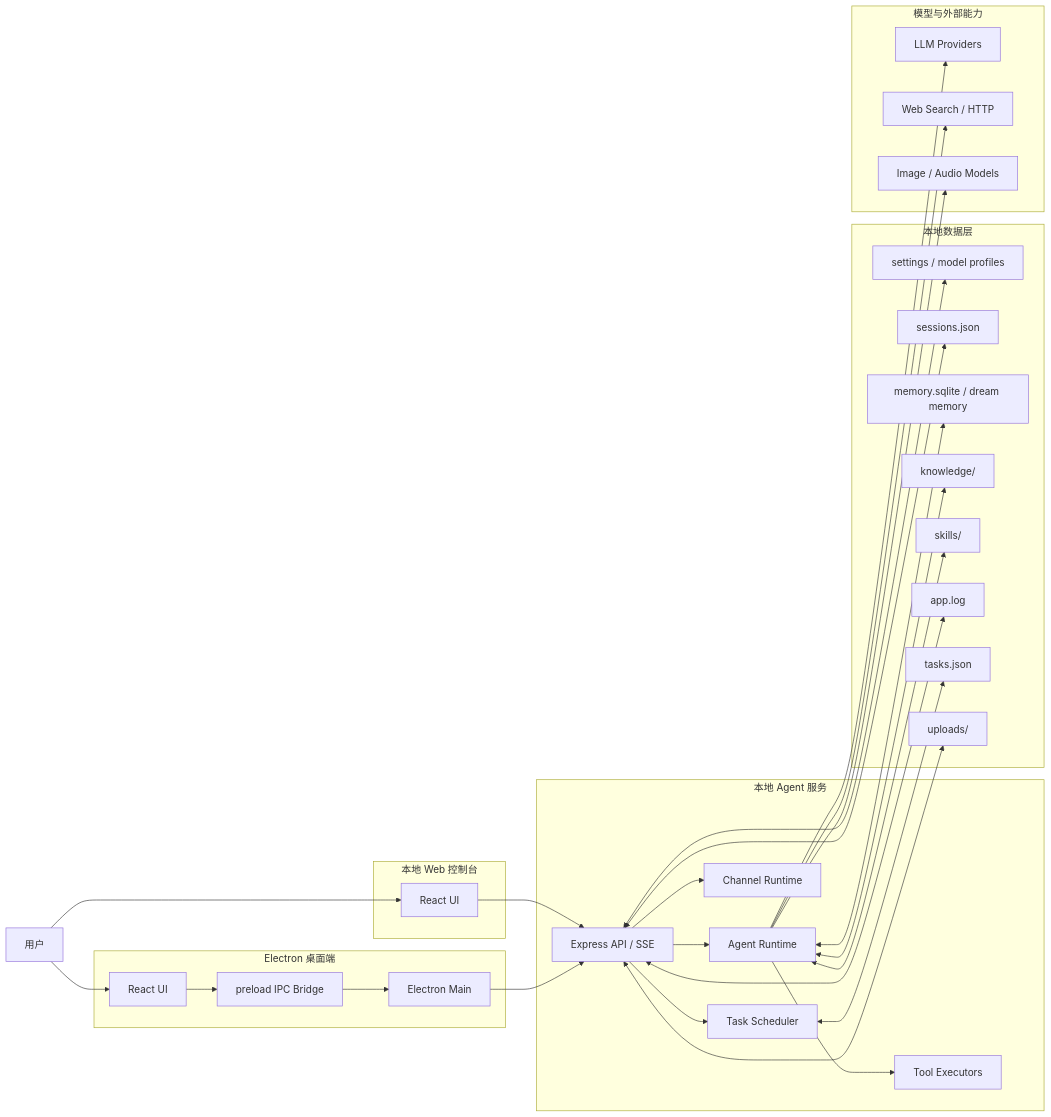
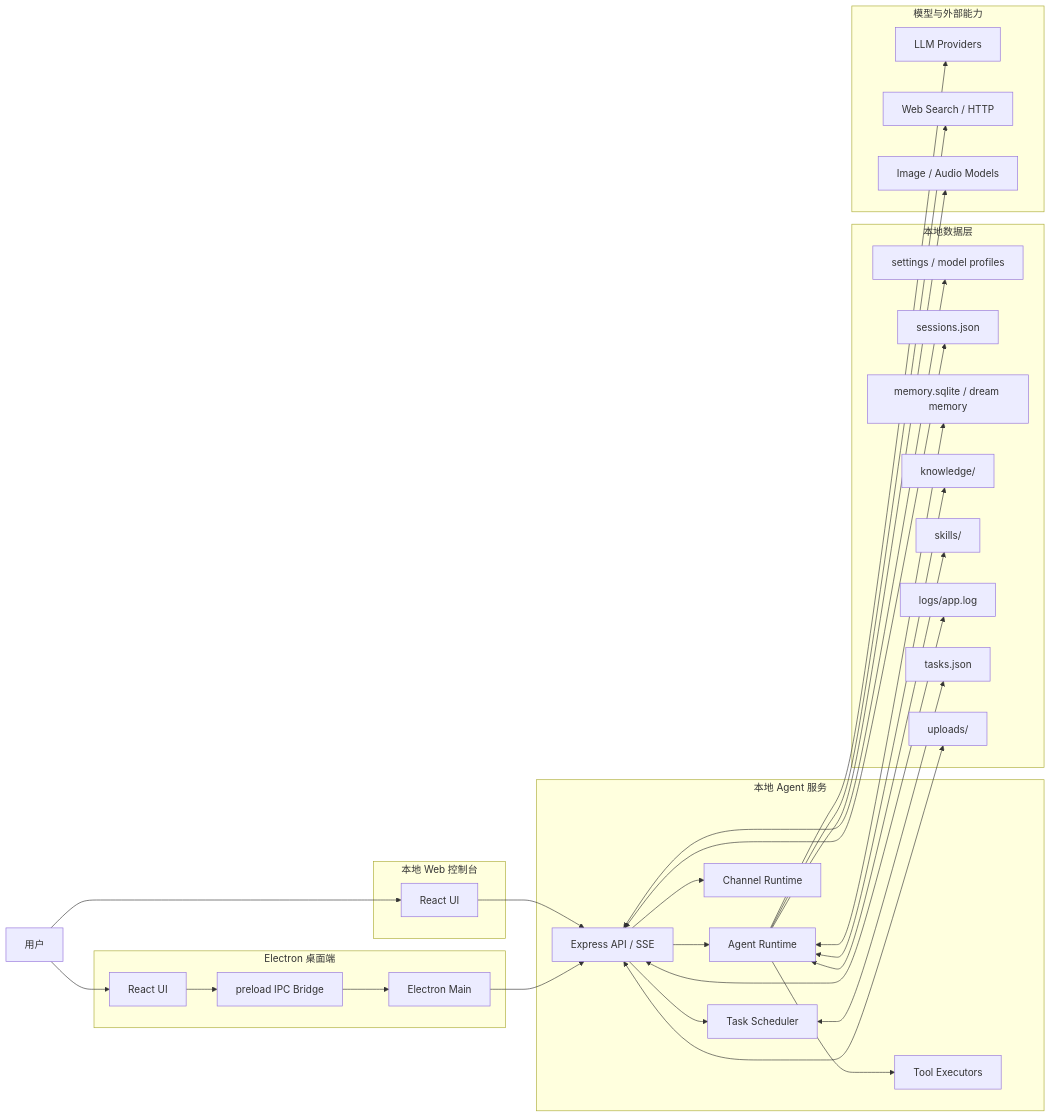
The diagram in README.md (yingxiaoshuai/NexoAgent), drawn with Mermaid before and after one commit. The commit also changed other lines of this file and 39 other files, not shown here.

````diff
--- a/README.md
+++ b/README.md
@@ -77,66 +77,66 @@
 ```mermaid
 flowchart LR
   U[用户]
 
   subgraph Desktop["Electron 桌面端"]
     UI1[React UI]
     PRELOAD[preload IPC Bridge]
     MAIN[Electron Main]
   end
 
   subgraph Web["本地 Web 控制台"]
     UI2[React UI]
   end
 
   subgraph Backend["本地 Agent 服务"]
     API[Express API / SSE]
     AGENT[Agent Runtime]
     TOOLS[Tool Executors]
     TASKS[Task Scheduler]
     CHANNELS[Channel Runtime]
   end
 
   subgraph Data["本地数据层"]
     SETTINGS[settings / model profiles]
     SESSIONS[sessions.json]
     MEMORY[memory.sqlite / dream memory]
     KNOWLEDGE[knowledge/]
     SKILLS[skills/]
-    LOGS[app.log]
+    LOGS[logs/app.log]
     TASKDATA[tasks.json]
     UPLOADS[uploads/]
   end
 
   subgraph Model["模型与外部能力"]
     LLM[LLM Providers]
     SEARCH[Web Search / HTTP]
     MEDIA[Image / Audio Models]
   end
 
   U --> UI1
   U --> UI2
 
   UI1 --> PRELOAD
   PRELOAD --> MAIN
   MAIN --> API
 
   UI2 --> API
 
   API --> AGENT
   API --> TASKS
   API --> CHANNELS
 
   AGENT --> TOOLS
   AGENT --> LLM
   AGENT --> SEARCH
   AGENT --> MEDIA
 
   API <--> SETTINGS
   API <--> SESSIONS
   AGENT <--> MEMORY
   AGENT <--> KNOWLEDGE
   AGENT <--> SKILLS
   TASKS <--> TASKDATA
   API <--> UPLOADS
   API <--> LOGS
 ```
````
